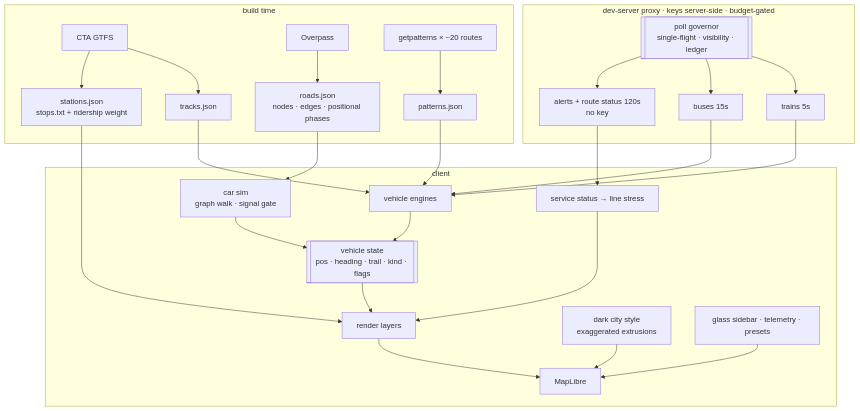
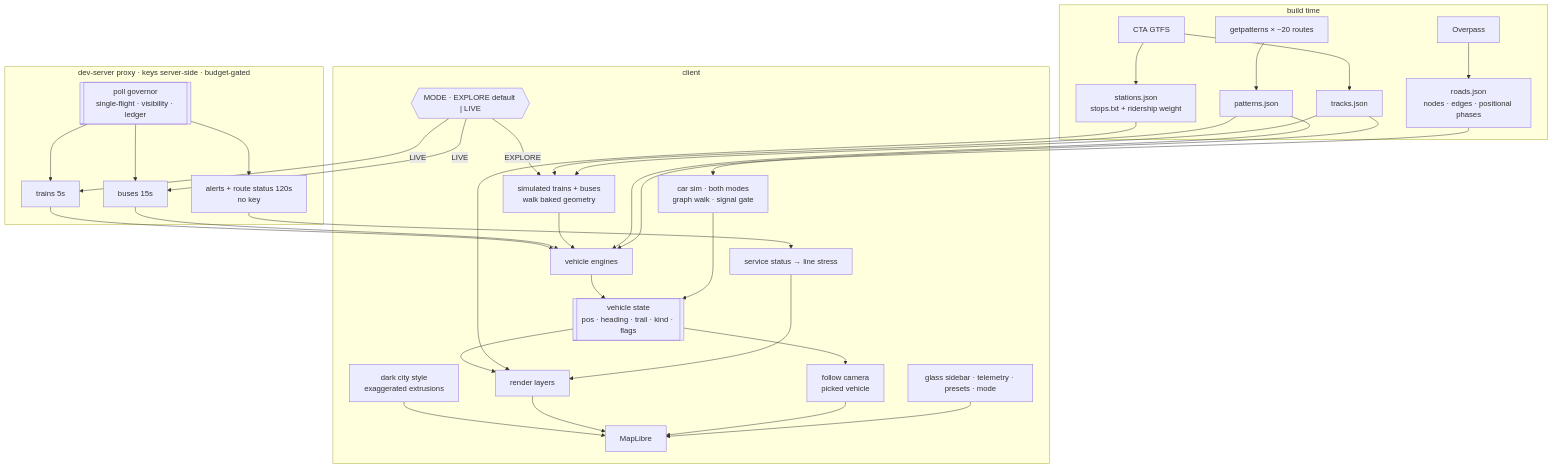
One commit to jorelsantos/chi-tron changed the diagram in docs/plans/2026-07-28-002-feat-chi-tron-neon-city-plan.md. Above: the diagram before and after it, drawn with Mermaid. The commit also changed other lines of this file, not shown here.

First line of the commit message:
docs(plans): add EXPLORE/LIVE modes, follow camera, vehicle identity system

````diff
--- a/docs/plans/2026-07-28-002-feat-chi-tron-neon-city-plan.md
+++ b/docs/plans/2026-07-28-002-feat-chi-tron-neon-city-plan.md
@@ -84,31 +93,40 @@
 ```mermaid
 flowchart TB
     subgraph build["build time"]
         G[CTA GTFS] --> TJ[tracks.json]
         G --> SJ[stations.json<br/>stops.txt + ridership weight]
         OV[Overpass] --> RJ[roads.json<br/>nodes · edges · positional phases]
         BP[getpatterns × ~20 routes] --> PJ[patterns.json]
     end
     subgraph feeds["dev-server proxy · keys server-side · budget-gated"]
         BG[[poll governor<br/>single-flight · visibility · ledger]]
         BG --> TT[trains 5s]
         BG --> BV[buses 15s]
         BG --> AL[alerts + route status 120s<br/>no key]
     end
     subgraph client
+        MODE{{"MODE · EXPLORE default | LIVE"}}
+        MODE -->|LIVE| TT
+        MODE -->|LIVE| BV
+        MODE -->|EXPLORE| SIM[simulated trains + buses<br/>walk baked geometry]
         TT --> EN[vehicle engines]
         BV --> EN
+        SIM --> EN
         PJ --> EN
+        PJ --> SIM
         TJ --> EN
-        RJ --> CS[car sim<br/>graph walk · signal gate]
+        TJ --> SIM
+        RJ --> CS[car sim · both modes<br/>graph walk · signal gate]
         EN --> VC[["vehicle state<br/>pos · heading · trail · kind · flags"]]
         CS --> VC
         VC --> L[render layers]
+        VC --> FM[follow camera<br/>picked vehicle]
         AL --> SS[service status → line stress]
         SJ --> L
         SS --> L
         ST[dark city style<br/>exaggerated extrusions] --> M[MapLibre]
         L --> M
-        HUD[glass sidebar · telemetry · presets] --> M
+        FM --> M
+        HUD[glass sidebar · telemetry · presets · mode] --> M
     end
 ```
````
